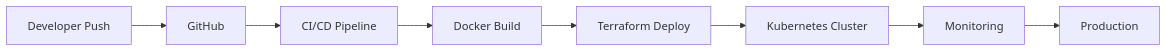
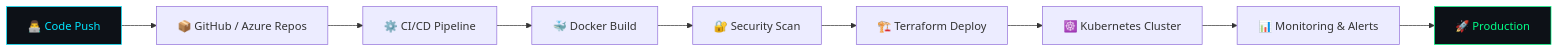
Before and after one commit to skakshay11/skakshay11: the diagram in README.md, drawn with Mermaid. The commit also changed other lines of this file, not shown here.

````diff
--- a/README.md
+++ b/README.md
@@ -57,11 +114,14 @@
 ```mermaid
 graph LR
+    A[👨‍💻 Code Push] --> B[📦 GitHub / Azure Repos]
+    B --> C[⚙️ CI/CD Pipeline]
+    C --> D[🐳 Docker Build]
+    D --> E[🔐 Security Scan]
+    E --> F[🏗️ Terraform Deploy]
+    F --> G[☸️ Kubernetes Cluster]
+    G --> H[📊 Monitoring & Alerts]
+    H --> I[🚀 Production]
 
-A[Developer Push] --> B[GitHub]
-B --> C[CI/CD Pipeline]
-C --> D[Docker Build]
-D --> E[Terraform Deploy]
-E --> F[Kubernetes Cluster]
-F --> G[Monitoring]
-G --> H[Production]
+    style A fill:#0D1117,color:#00E5FF,stroke:#00E5FF
+    style I fill:#0D1117,color:#00FF88,stroke:#00FF88
 ```
````
